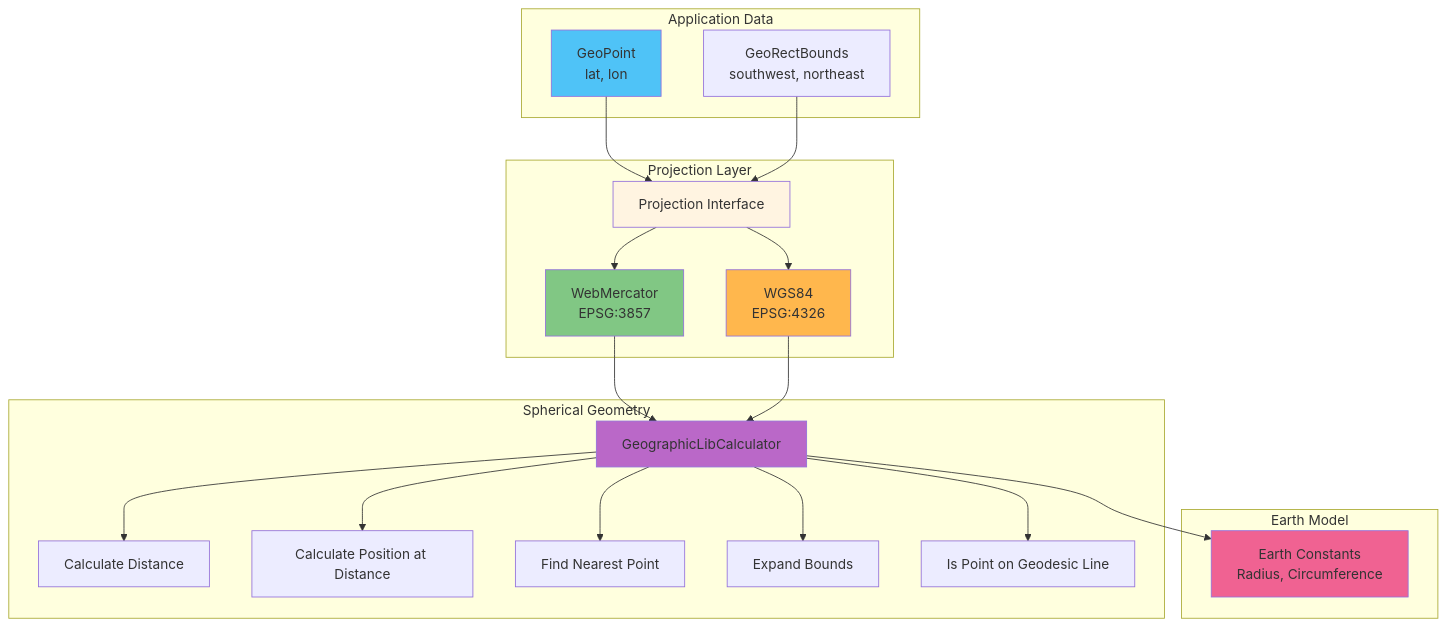
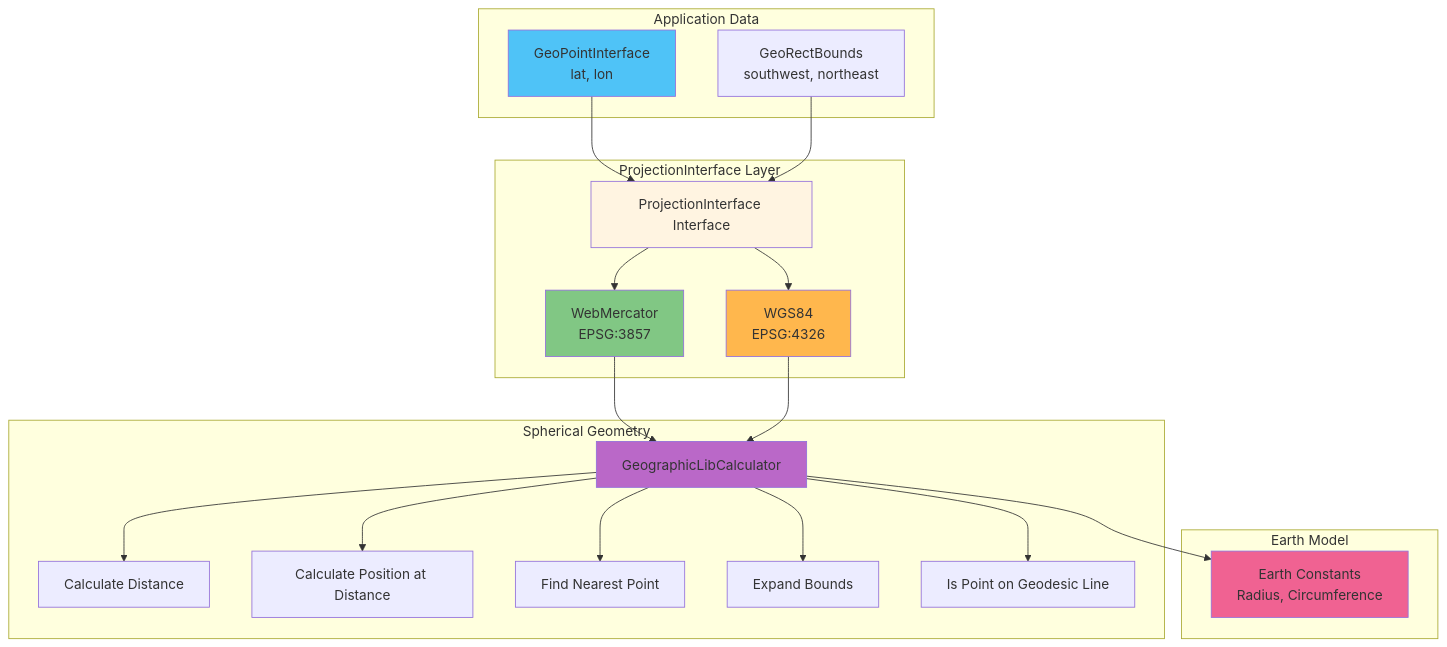
One commit to MapConductor/android-sdk changed the eighth of 11 diagrams in ARCHITECTURE.md. Above: the diagram before and after it, drawn with Mermaid. The commit also changed other lines of this file and 596 other files, not shown here.

````diff
--- a/ARCHITECTURE.md
+++ b/ARCHITECTURE.md
@@ -453,50 +453,50 @@
 ```mermaid
 graph TB
     subgraph Application Data
-        GEOPOINT[GeoPoint<br/>lat, lon]
+        GEOPOINT[GeoPointInterface<br/>lat, lon]
         BOUNDS[GeoRectBounds<br/>southwest, northeast]
     end
 
-    subgraph Projection Layer
-        PROJ_IFACE[Projection Interface]
+    subgraph ProjectionInterface Layer
+        PROJ_IFACE[ProjectionInterface Interface]
         WEBMERC[WebMercator<br/>EPSG:3857]
         WGS84[WGS84<br/>EPSG:4326]
     end
 
     subgraph Spherical Geometry
         CALC[GeographicLibCalculator]
         DISTANCE[Calculate Distance]
         POSITION[Calculate Position at Distance]
         NEAREST[Find Nearest Point]
         EXPAND[Expand Bounds]
         ONLINE[Is Point on Geodesic Line]
     end
 
     subgraph Earth Model
         EARTH[Earth Constants<br/>Radius, Circumference]
     end
 
     GEOPOINT --> PROJ_IFACE
     BOUNDS --> PROJ_IFACE
 
     PROJ_IFACE --> WEBMERC
     PROJ_IFACE --> WGS84
 
     WEBMERC --> CALC
     WGS84 --> CALC
 
     CALC --> DISTANCE
     CALC --> POSITION
     CALC --> NEAREST
     CALC --> EXPAND
     CALC --> ONLINE
 
     CALC --> EARTH
 
     style GEOPOINT fill:#4fc3f7
     style PROJ_IFACE fill:#fff4e1
     style WEBMERC fill:#81c784
     style WGS84 fill:#ffb74d
     style CALC fill:#ba68c8
     style EARTH fill:#f06292
 ```
````
